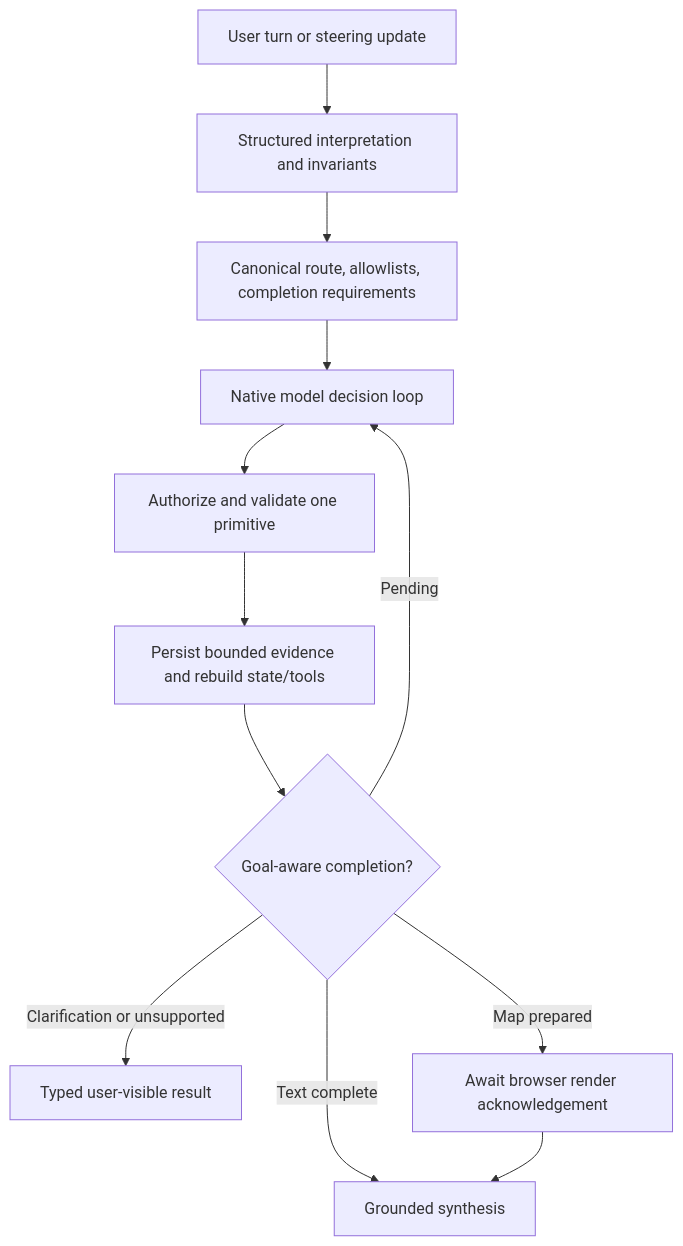
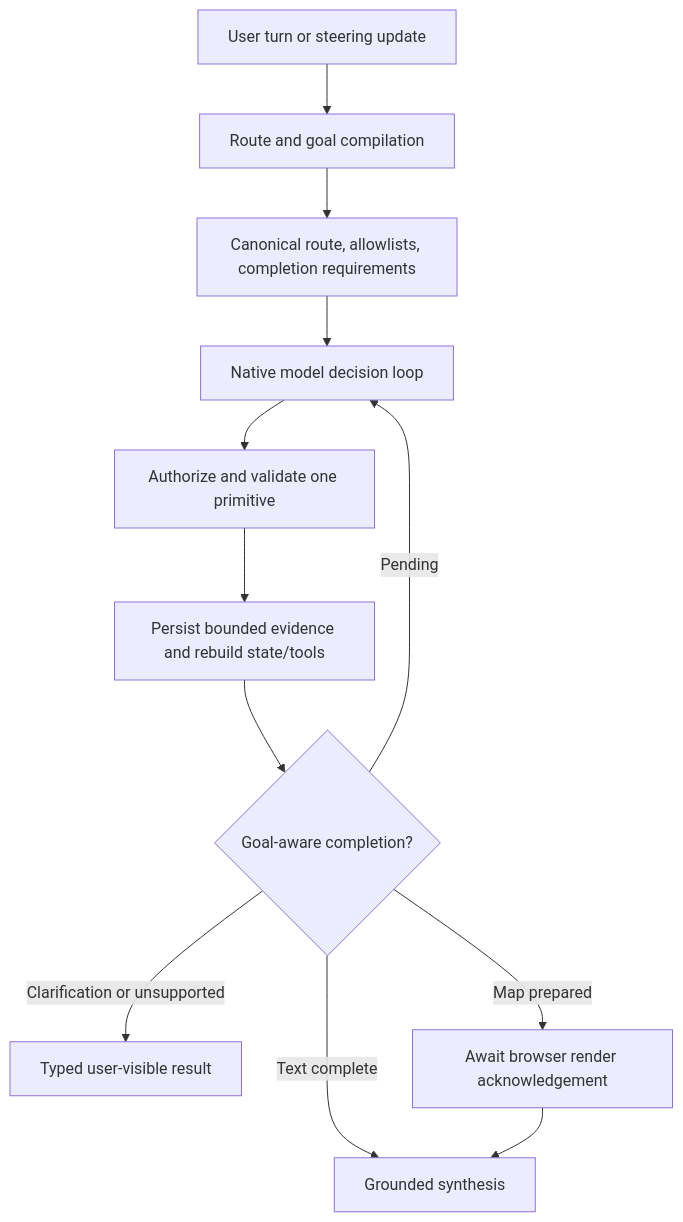
One commit to CTCycle/AEGIS-Geospatial-View changed the diagram in assets/docs/geospatial/agent_runtime_v2.md. Above: the diagram before and after it, drawn with Mermaid. The commit also changed other lines of this file and 264 other files, not shown here.

````diff
--- a/assets/docs/geospatial/agent_runtime_v2.md
+++ b/assets/docs/geospatial/agent_runtime_v2.md
@@ -7,14 +9,14 @@
 ```mermaid
 flowchart TD
-  U["User turn or steering update"] --> C["Structured interpretation and invariants"]
+  U["User turn or steering update"] --> C["Route and goal compilation"]
   C --> R["Canonical route, allowlists, completion requirements"]
   R --> N["Native model decision loop"]
   N --> V["Authorize and validate one primitive"]
   V --> E["Persist bounded evidence and rebuild state/tools"]
   E --> Q{"Goal-aware completion?"}
   Q -->|Pending| N
   Q -->|Clarification or unsupported| H["Typed user-visible result"]
   Q -->|Map prepared| A["Await browser render acknowledgement"]
   Q -->|Text complete| Y["Grounded synthesis"]
   A --> Y
 ```
````
